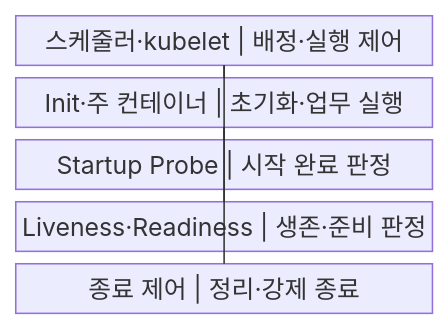
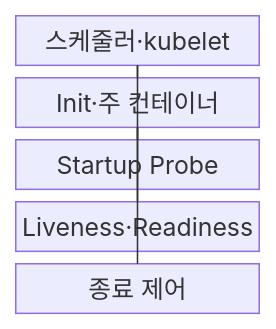
The first of 2 diagrams in src/content/docs/notes/03-software/153_kubernetes_pod_lifecycle.md (agnusdei1207/knowledge-base), drawn with Mermaid before and after one commit. The commit also changed other lines of this file and 238 other files, not shown here.

````diff
--- a/src/content/docs/notes/03-software/153_kubernetes_pod_lifecycle.md
+++ b/src/content/docs/notes/03-software/153_kubernetes_pod_lifecycle.md
@@ -57,13 +57,13 @@
 ```mermaid
-block
+block-beta
     columns 1
-    A["스케줄러·kubelet | 배정·실행 제어"]
-    B["Init·주 컨테이너 | 초기화·업무 실행"]
-    C["Startup Probe | 시작 완료 판정"]
-    D["Liveness·Readiness | 생존·준비 판정"]
-    E["종료 제어 | 정리·강제 종료"]
+    A["스케줄러·kubelet"]
+    B["Init·주 컨테이너"]
+    C["Startup Probe"]
+    D["Liveness·Readiness"]
+    E["종료 제어"]
     A --- B
     B --- C
     B --- D
     A --- E
 ```
````
